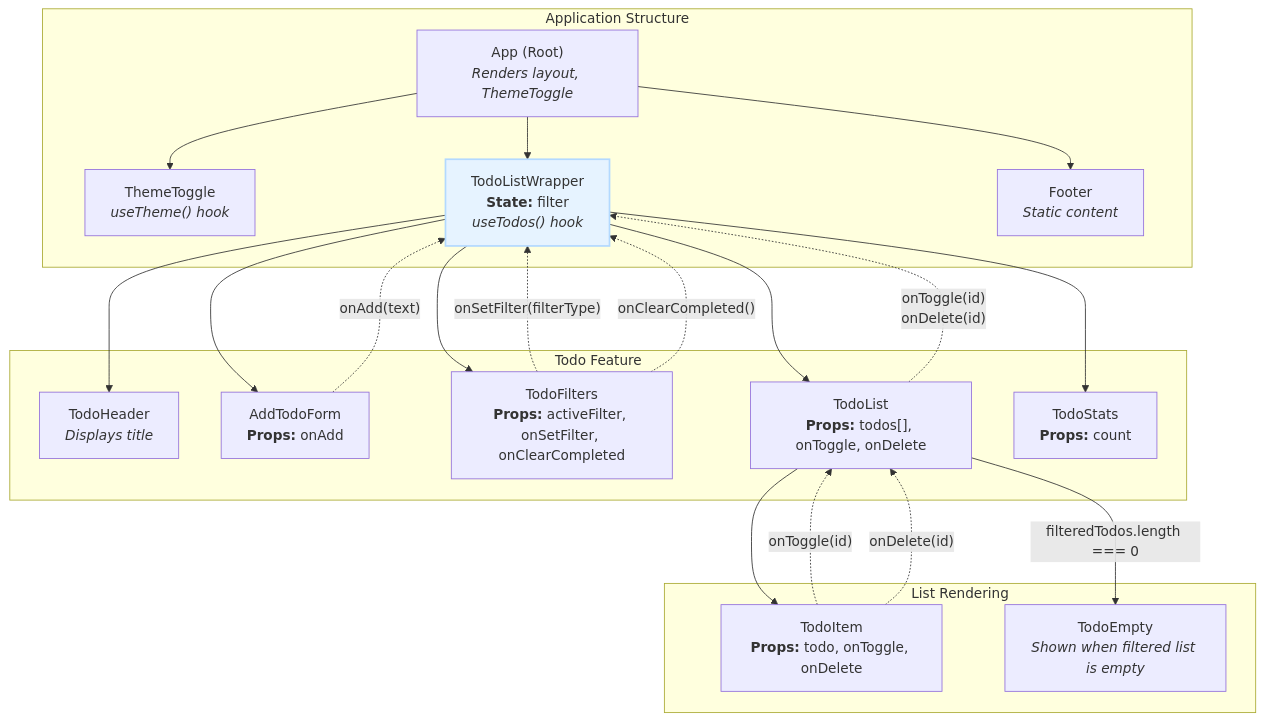
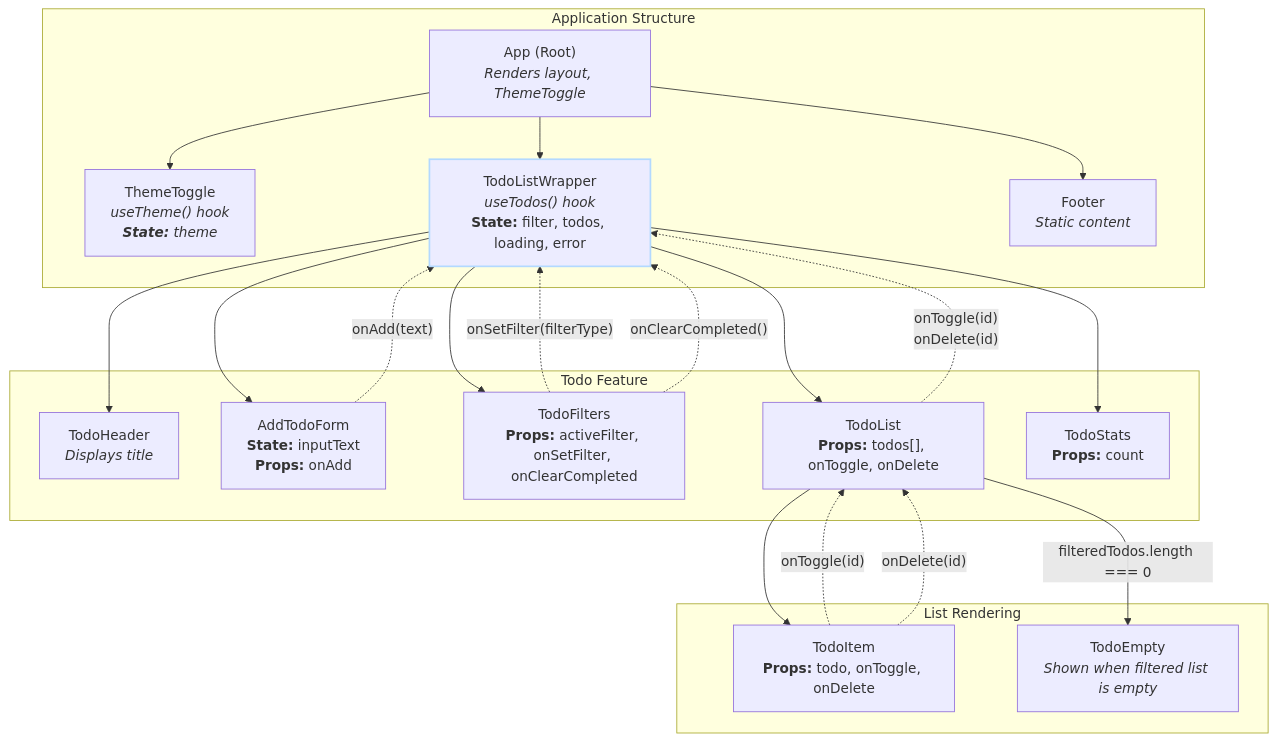
One commit to stkossman/lab4-6 changed the diagram in README.md. Above: the diagram before and after it, drawn with Mermaid.

Commit message:
docs: Refine component descriptions in README diagram

````diff
--- a/README.md
+++ b/README.md
@@ -37,50 +37,44 @@
 ```mermaid
 graph TD;
-    %% Component Definitions
     App["App (Root)<br/><i>Renders layout, ThemeToggle</i>"]
-    ThemeToggle["ThemeToggle<br/><i>useTheme() hook</i>"]
-    TodoListWrapper["TodoListWrapper<br/><b>State:</b> filter<br/><i>useTodos() hook</i>"]
+    ThemeToggle["ThemeToggle<br/><i>useTheme() hook<br/><b>State:</b> theme</i>"]
+    TodoListWrapper["TodoListWrapper<br/><i>useTodos() hook</i><br/><b>State:</b> filter, todos, loading, error"]
     Footer["Footer<br/><i>Static content</i>"]
     
     TodoHeader["TodoHeader<br/><i>Displays title</i>"]
-    AddTodoForm["AddTodoForm<br/><b>Props:</b> onAdd"]
+    AddTodoForm["AddTodoForm<br/><b>State:</b> inputText<br/><b>Props:</b> onAdd"]
     TodoFilters["TodoFilters<br/><b>Props:</b> activeFilter, onSetFilter, onClearCompleted"]
     TodoList["TodoList<br/><b>Props:</b> todos[], onToggle, onDelete"]
     TodoStats["TodoStats<br/><b>Props:</b> count"]
     
     TodoItem["TodoItem<br/><b>Props:</b> todo, onToggle, onDelete"]
     TodoEmpty["TodoEmpty<br/><i>Shown when filtered list is empty</i>"]
 
-    %% Component Hierarchy
     subgraph "Application Structure"
         App --> ThemeToggle
         App --> TodoListWrapper
         App --> Footer
     end
 
     subgraph "Todo Feature"
         TodoListWrapper --> TodoHeader
         TodoListWrapper --> AddTodoForm
         TodoListWrapper --> TodoFilters
         TodoListWrapper --> TodoList
         TodoListWrapper --> TodoStats
     end
 
     subgraph "List Rendering"
         TodoList --> TodoItem
         TodoList -- "filteredTodos.length === 0" --> TodoEmpty
     end
 
-    %% Data & Callback Flow (Dashed Lines)
-    style TodoListWrapper fill:#e6f3ff,stroke:#b3d9ff,stroke-width:2px
+    style TodoListWrapper stroke:#b3d9ff,stroke-width:2px
     
     AddTodoForm -.->|"onAdd(text)"| TodoListWrapper
     TodoFilters -.->|"onSetFilter(filterType)"| TodoListWrapper
     TodoFilters -.->|"onClearCompleted()"| TodoListWrapper
     TodoItem -.->|"onToggle(id)"| TodoList
     TodoItem -.->|"onDelete(id)"| TodoList
     TodoList -.->|"onToggle(id)<br/>onDelete(id)"| TodoListWrapper
-
-    classDef stateful fill:#fff2cc,stroke:#ffd966
-    class TodoListWrapper stateful
 ```
````
